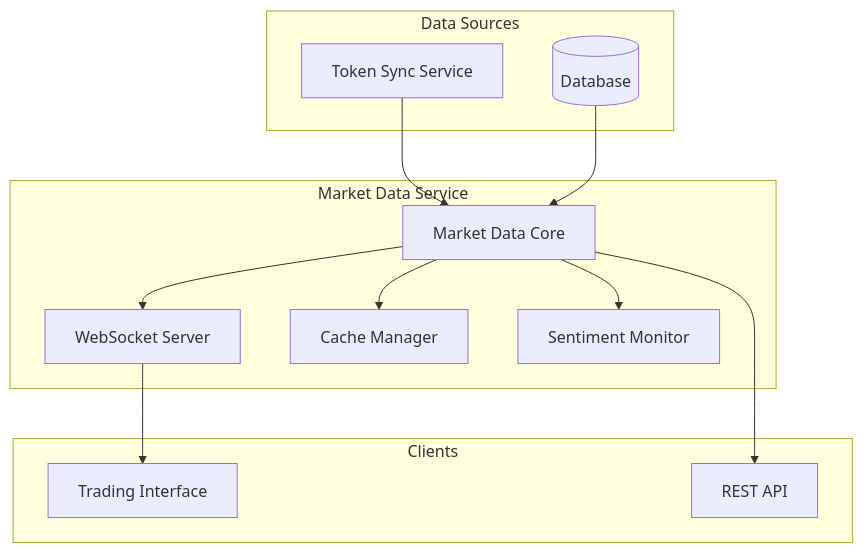
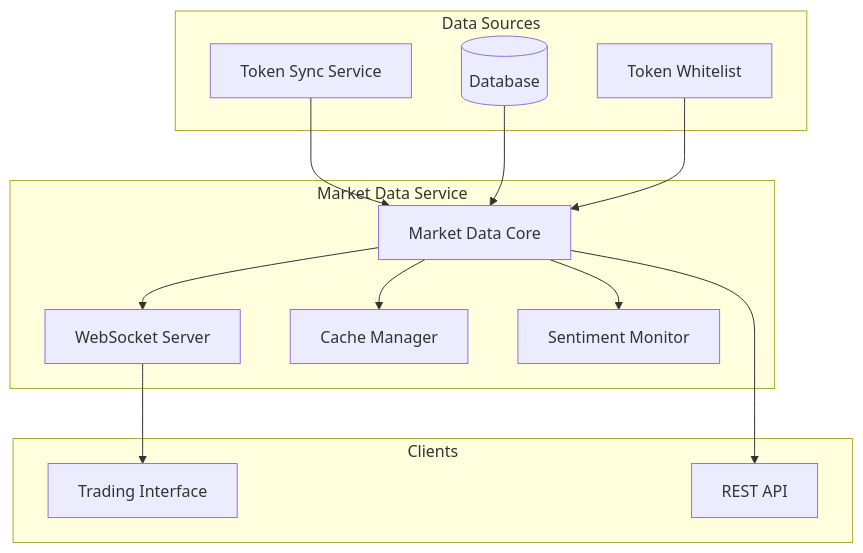
Before and after one commit to BranchManager69/degenduel: the first of 3 diagrams in docs_important/Core Services/OPERATIONS_MANAGEMENT/MARKET_DATA_SYSTEM.md, drawn with Mermaid. The commit also changed other lines of this file and 11 other files, not shown here.

First line of the commit message:
Add Token Whitelist Service for token validation and management

````diff
--- a/docs_important/Core Services/OPERATIONS_MANAGEMENT/MARKET_DATA_SYSTEM.md
+++ b/docs_important/Core Services/OPERATIONS_MANAGEMENT/MARKET_DATA_SYSTEM.md
@@ -38,29 +38,31 @@
 ```mermaid
 graph TD
     subgraph "Market Data Service"
         MD[Market Data Core]
         WS[WebSocket Server]
         CM[Cache Manager]
         SM[Sentiment Monitor]
     end
     
     subgraph "Data Sources"
         TS[Token Sync Service]
         DB[(Database)]
+        WL[Token Whitelist]
     end
     
     subgraph "Clients"
         TI[Trading Interface]
         API[REST API]
     end
     
     MD --> WS
     MD --> CM
     MD --> SM
     
     TS --> MD
     DB --> MD
+    WL --> MD
     
     WS --> TI
     MD --> API
 ```
````
